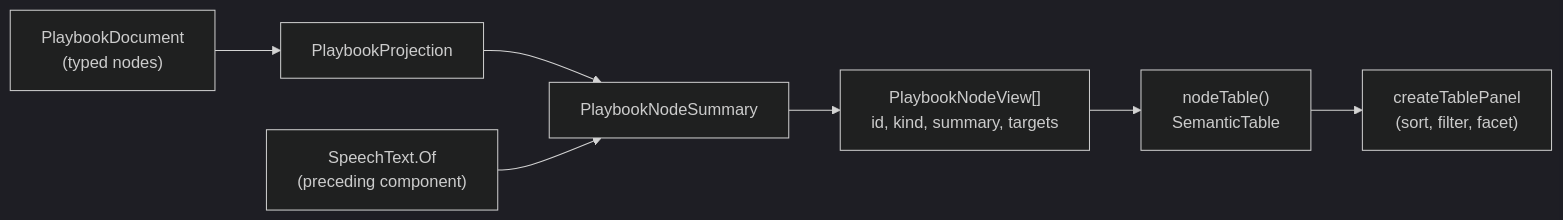
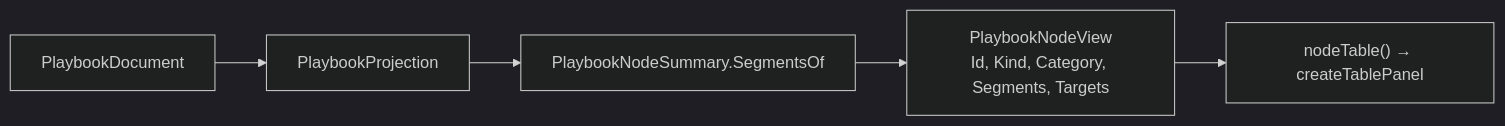
One commit to pengzhengyi/dialoguedown changed the diagram in docs/contributing/design-notes/visualization/report/Playbook Nodes Table.md. Above: the diagram before and after it, drawn with Mermaid (dark theme). The commit also changed other lines of this file and 124 other files, not shown here.

````diff
--- a/docs/contributing/design-notes/visualization/report/Playbook Nodes Table.md
+++ b/docs/contributing/design-notes/visualization/report/Playbook Nodes Table.md
@@ -138,9 +66,7 @@
 ```mermaid
 flowchart LR
-    P["PlaybookDocument<br/>(typed nodes)"] --> J["PlaybookProjection"]
-    J --> N["PlaybookNodeSummary"]
-    S["SpeechText.Of<br/>(preceding component)"] --> N
-    N --> V["PlaybookNodeView[]<br/>id, kind, summary, targets"]
-    V --> T["nodeTable()<br/>SemanticTable"]
-    T --> C["createTablePanel<br/>(sort, filter, facet)"]
+    P["PlaybookDocument"] --> J["PlaybookProjection"]
+    J --> N["PlaybookNodeSummary.SegmentsOf"]
+    N --> V["PlaybookNodeView<br/>Id, Kind, Category, Segments, Targets"]
+    V --> T["nodeTable() → createTablePanel"]
 ```
````
